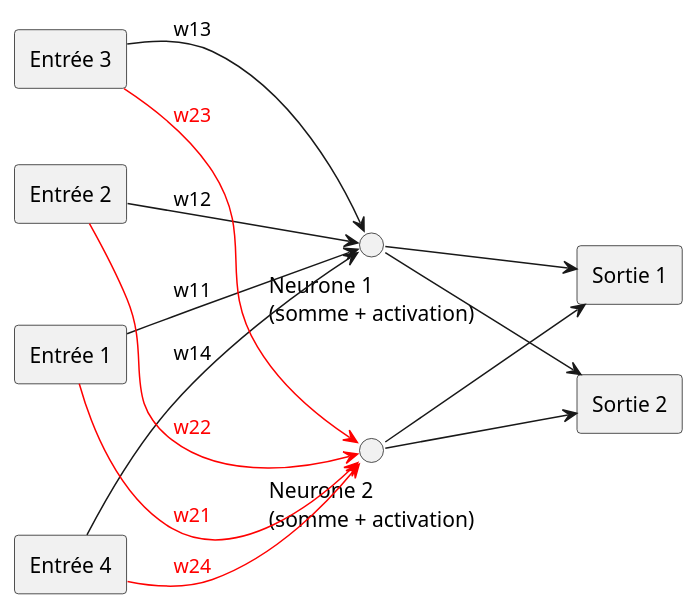
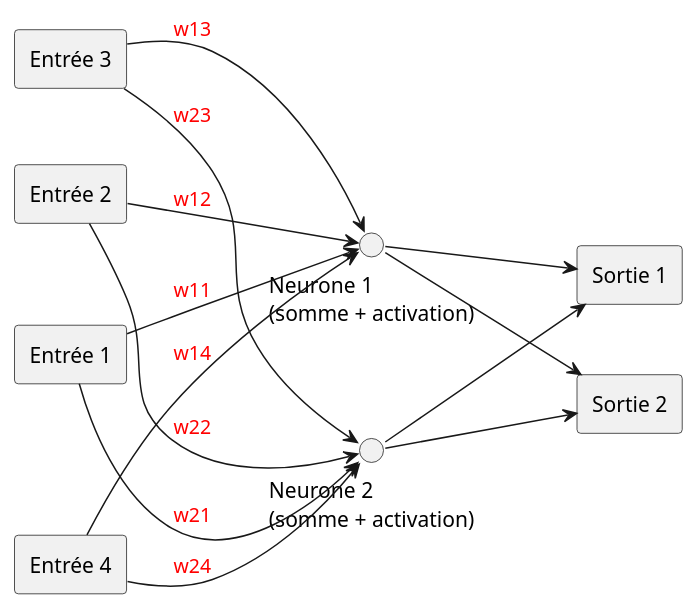
The diagram in README.org (gandalf-the-white/azuma), drawn with PlantUML before and after one commit. The commit also changed 1 other file, not shown here.

```diff
--- a/README.org
+++ b/README.org
@@ -165,36 +165,36 @@
 #+begin_src plantuml :file datas/diagram.svg :results silent :exports none 
 @startuml NeuralNetwork
 
 skinparam monochrome false
 skinparam shadowing false
 skinparam defaultFontName Arial
 left to right direction
 
 rectangle "Entrée 3" as input3
 rectangle "Entrée 4" as input4
 rectangle "Entrée 1" as input1
 rectangle "Entrée 2" as input2
 
 circle "Neurone 1\n(somme + activation)" as hidden1
 circle "Neurone 2\n(somme + activation)" as hidden2
 
 rectangle "Sortie 1" as output1
 rectangle "Sortie 2" as output2
 
-input1 --> hidden1 : w11
-input2 --> hidden1 : w12
-input3 --> hidden1 : w13
-input4 --> hidden1 : w14
+input1 --> hidden1 #text:red : w11
+input2 --> hidden1 #text:red : w12
+input3 --> hidden1 #text:red : w13
+input4 --> hidden1 #text:red : w14
 
-input1 --> hidden2 #red;text:red : w21
-input2 --> hidden2 #red;text:red : w22
-input3 --> hidden2 #red;text:red : w23
-input4 --> hidden2 #red;text:red : w24
+input1 --> hidden2 #text:red : w21
+input2 --> hidden2 #text:red : w22
+input3 --> hidden2 #text:red : w23
+input4 --> hidden2 #text:red : w24
 
 hidden1 --> output1
 hidden2 --> output1
 hidden1 --> output2
 hidden2 --> output2
 
 @enduml
 #+end_src
```
